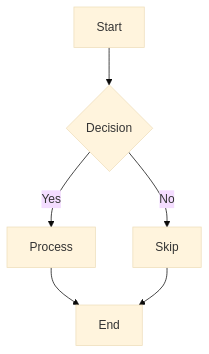
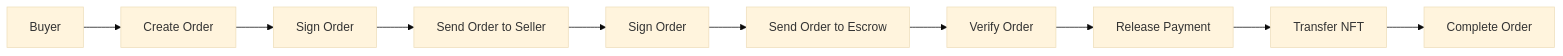
Before and after one commit to lsj5031/MermaidMuse: the diagram in README.md, drawn with Mermaid (base theme). The commit also changed other lines of this file, not shown here.

````diff
--- a/README.md
+++ b/README.md
@@ -281,8 +158,12 @@
 ```mermaid
-graph TD
-    A[Start] --> B{Decision}
-    B -->|Yes| C[Process]
-    B -->|No| D[Skip]
-    C --> E[End]
-    D --> E
+flowchart LR
+    A[Buyer] --> B[Create Order]
+    B --> C[Sign Order]
+    C --> D[Send Order to Seller]
+    D --> E[Sign Order]
+    E --> F[Send Order to Escrow]
+    F --> G[Verify Order]
+    G --> H[Release Payment]
+    H --> I[Transfer NFT]
+    I --> J[Complete Order]
 ```
````
